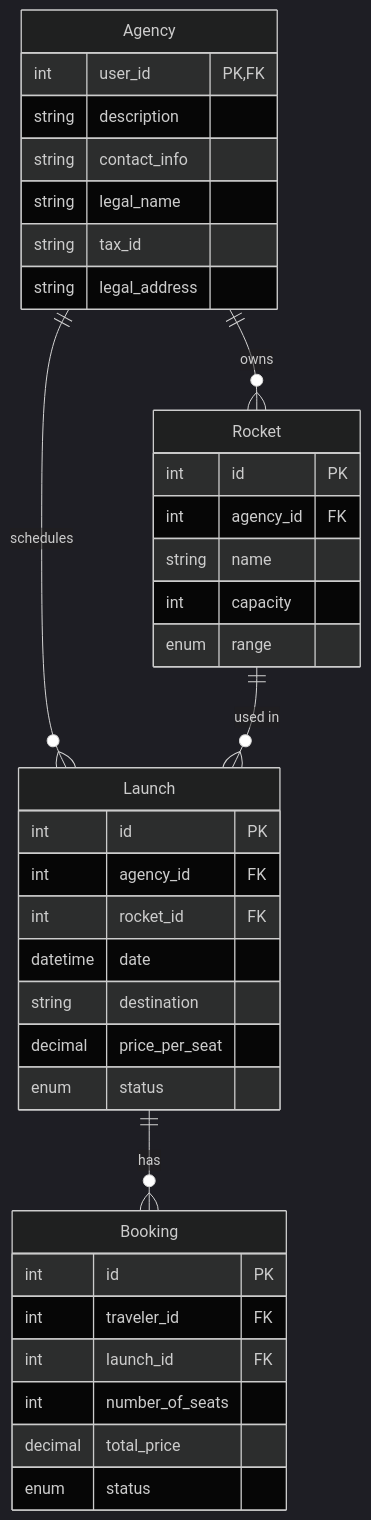
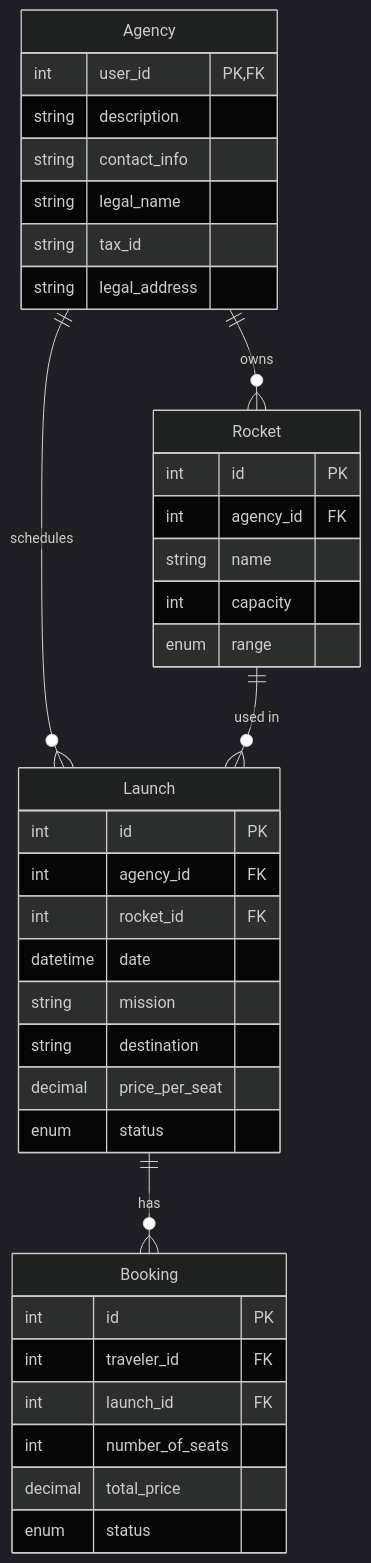
Before and after one commit to AstroBookings/.github: the second of 2 diagrams in profile/2-design/4_1-agency-management.domain.md, drawn with Mermaid (dark theme). The commit also changed 7 other files, not shown here.

````diff
--- a/profile/2-design/4_1-agency-management.domain.md
+++ b/profile/2-design/4_1-agency-management.domain.md
@@ -139,43 +139,44 @@
 ```mermaid
 erDiagram
     Agency {
         int user_id PK,FK
         string description
         string contact_info
         string legal_name
         string tax_id
         string legal_address
     }
 
     Rocket {
         int id PK
         int agency_id FK
         string name
         int capacity
         enum range
     }
 
     Launch {
         int id PK
         int agency_id FK
         int rocket_id FK
         datetime date
+        string mission
         string destination
         decimal price_per_seat
         enum status
     }
 
     Booking {
         int id PK
         int traveler_id FK
         int launch_id FK
         int number_of_seats
         decimal total_price
         enum status
     }
 
     Agency ||--o{ Rocket : "owns"
     Agency ||--o{ Launch : "schedules"
     Rocket ||--o{ Launch : "used in"
     Launch ||--o{ Booking : "has"
 ```
````
